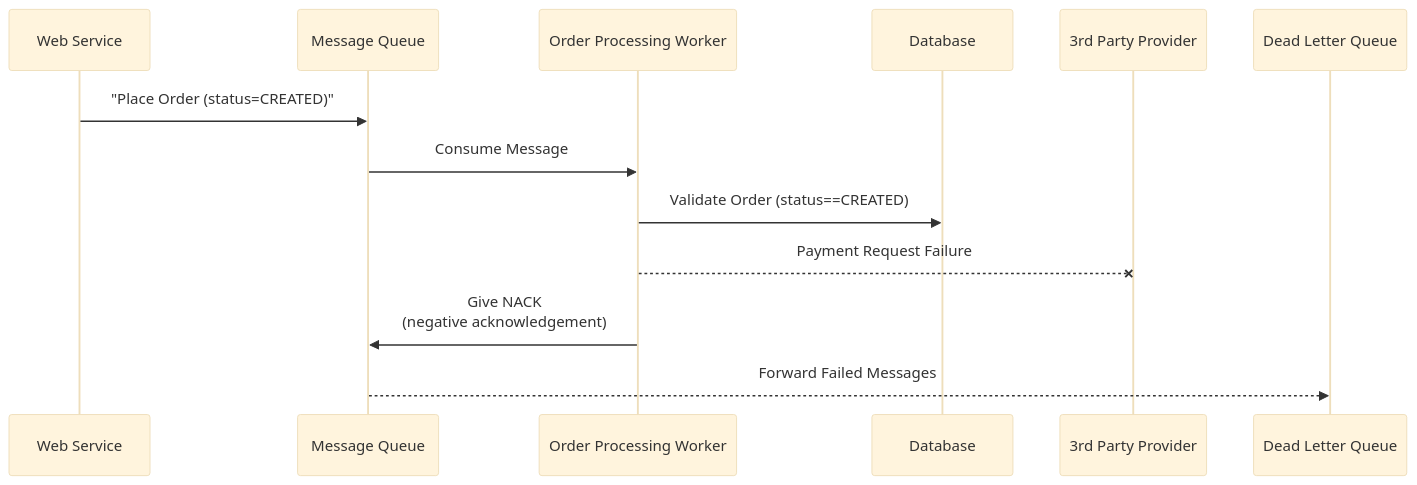
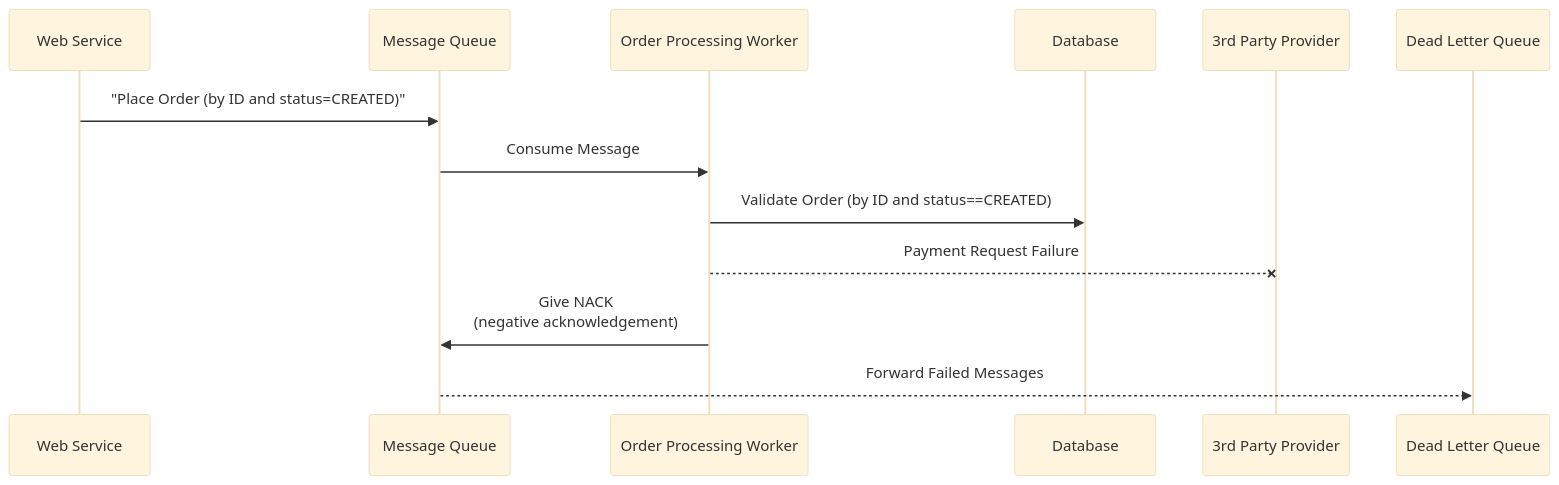
Before and after one commit to zhorifiandi/zhorifiandi.github.io: the first of 4 diagrams in _posts/2025-01-02-reliable-messaging-workers-rule-of-thumbs.md, drawn with Mermaid (base theme). The commit also changed other lines of this file and 1 other file, not shown here.

```diff
--- a/_posts/2025-01-02-reliable-messaging-workers-rule-of-thumbs.md
+++ b/_posts/2025-01-02-reliable-messaging-workers-rule-of-thumbs.md
@@ -59,17 +58,17 @@
 <pre class="mermaid">
 sequenceDiagram
     participant Service as Web Service
     participant Queue as Message Queue
     participant Worker as Order Processing Worker
     participant DB as Database
     participant TPS as 3rd Party Provider
     participant DLQ as Dead Letter Queue
 
-    Service->>Queue: "Place Order (status=CREATED)"
+    Service->>Queue: "Place Order (by ID and status=CREATED)"
     Queue->>Worker: Consume Message
     %% note right of Worker: If order status is not CREATED,<br />we should skip the message
-    Worker->>DB: Validate Order (status==CREATED)
+    Worker->>DB: Validate Order (by ID and status==CREATED)
     Worker--xTPS: Payment Request Failure
     Worker->>Queue: Give NACK<br/>(negative acknowledgement)
     Queue -->> DLQ: Forward Failed Messages
 </pre>
```
